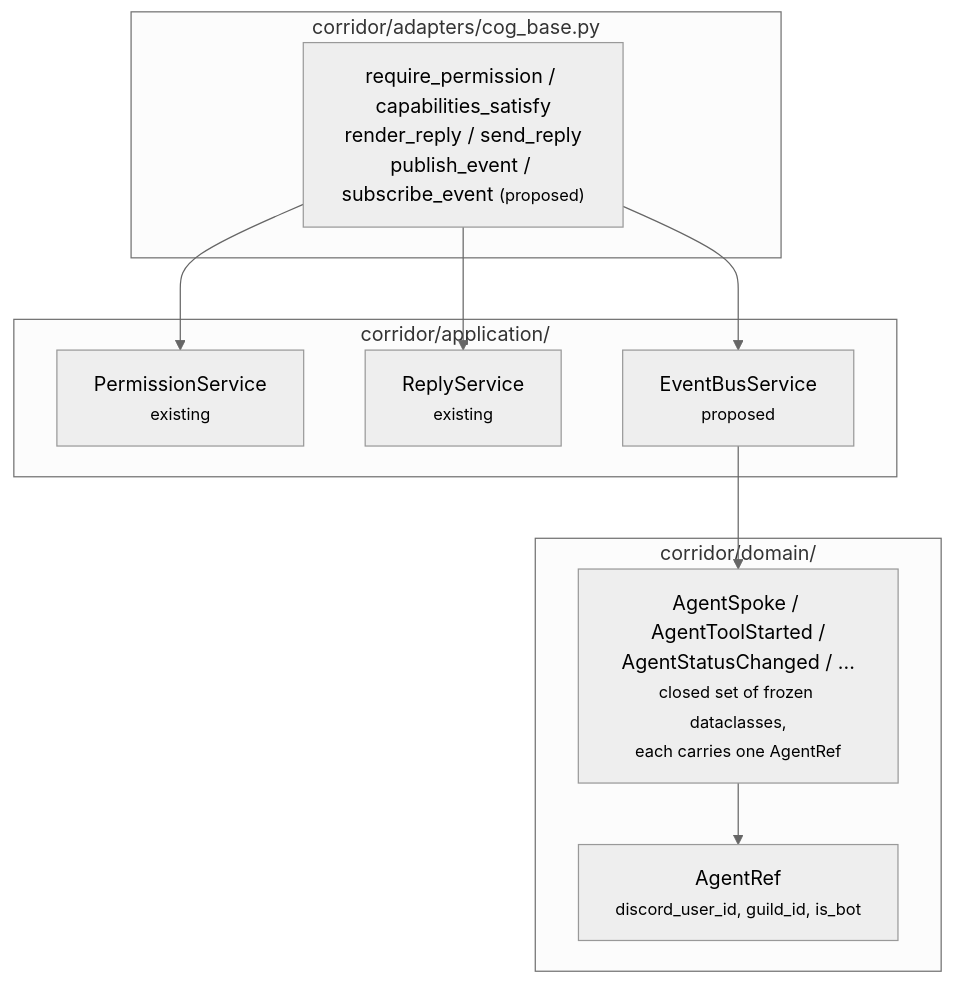
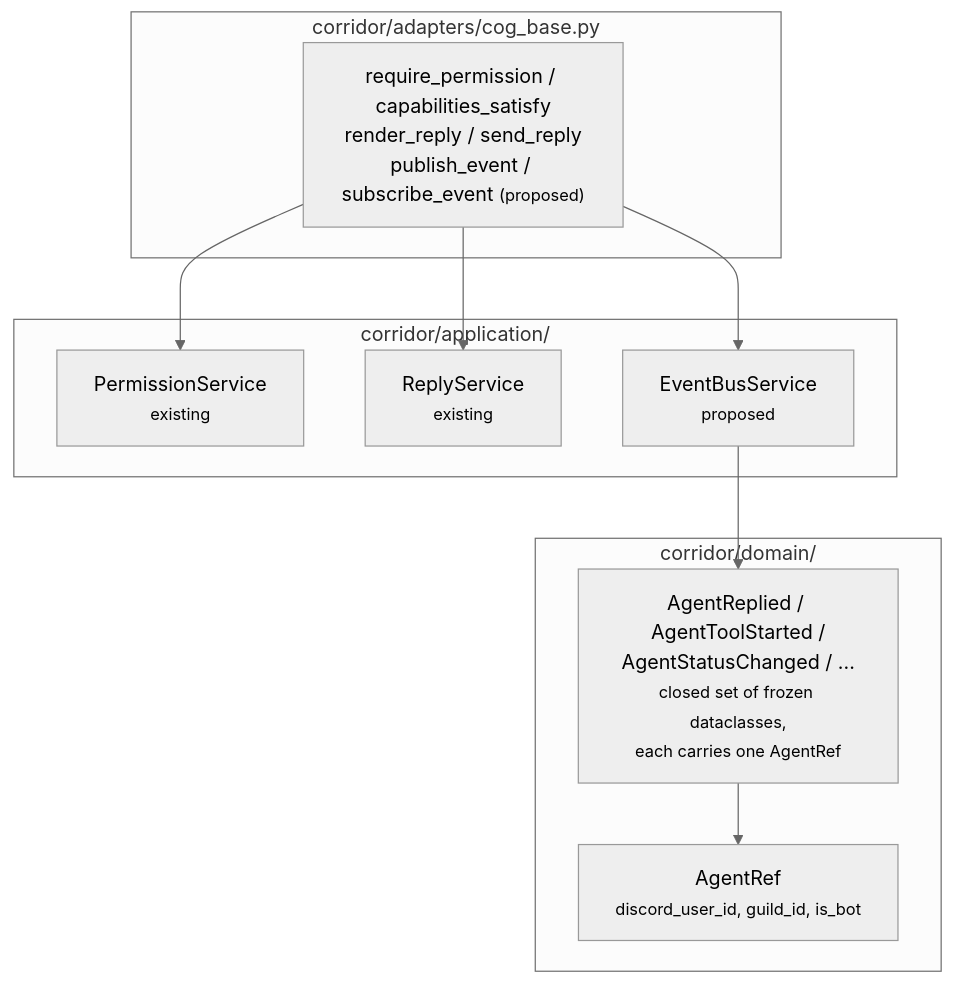
Before and after one commit to pixel-agents-hq/pixel-agents-cogs: the second of 4 diagrams in docs/corridor-pubsub-design.md, drawn with Mermaid (neutral theme). The commit also changed other lines of this file, not shown here.

````diff
--- a/docs/corridor-pubsub-design.md
+++ b/docs/corridor-pubsub-design.md
@@ -120,21 +120,21 @@
 ```mermaid
 flowchart TB
     subgraph domain["corridor/domain/"]
         agent_ref["AgentRef<br/><small>discord_user_id, guild_id, is_bot</small>"]
-        activities["AgentSpoke / AgentToolStarted /<br/>AgentStatusChanged / ...<br/><small>closed set of frozen dataclasses,<br/>each carries one AgentRef</small>"]
+        activities["AgentReplied / AgentToolStarted /<br/>AgentStatusChanged / ...<br/><small>closed set of frozen dataclasses,<br/>each carries one AgentRef</small>"]
     end
     subgraph application["corridor/application/"]
         perm["PermissionService<br/><small>existing</small>"]
         reply["ReplyService<br/><small>existing</small>"]
         bus_svc["EventBusService<br/><small>proposed</small>"]
     end
     subgraph adapters["corridor/adapters/cog_base.py"]
         chokepoints["require_permission / capabilities_satisfy<br/>render_reply / send_reply<br/>publish_event / subscribe_event <small>(proposed)</small>"]
     end
 
     activities --> agent_ref
     bus_svc --> activities
     chokepoints --> perm
     chokepoints --> reply
     chokepoints --> bus_svc
 ```
````
